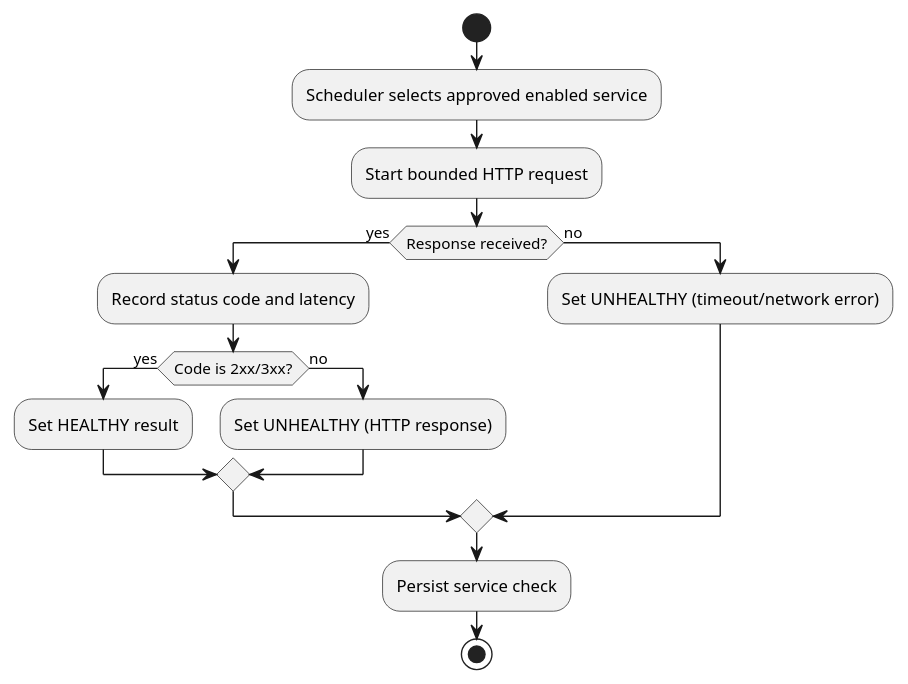
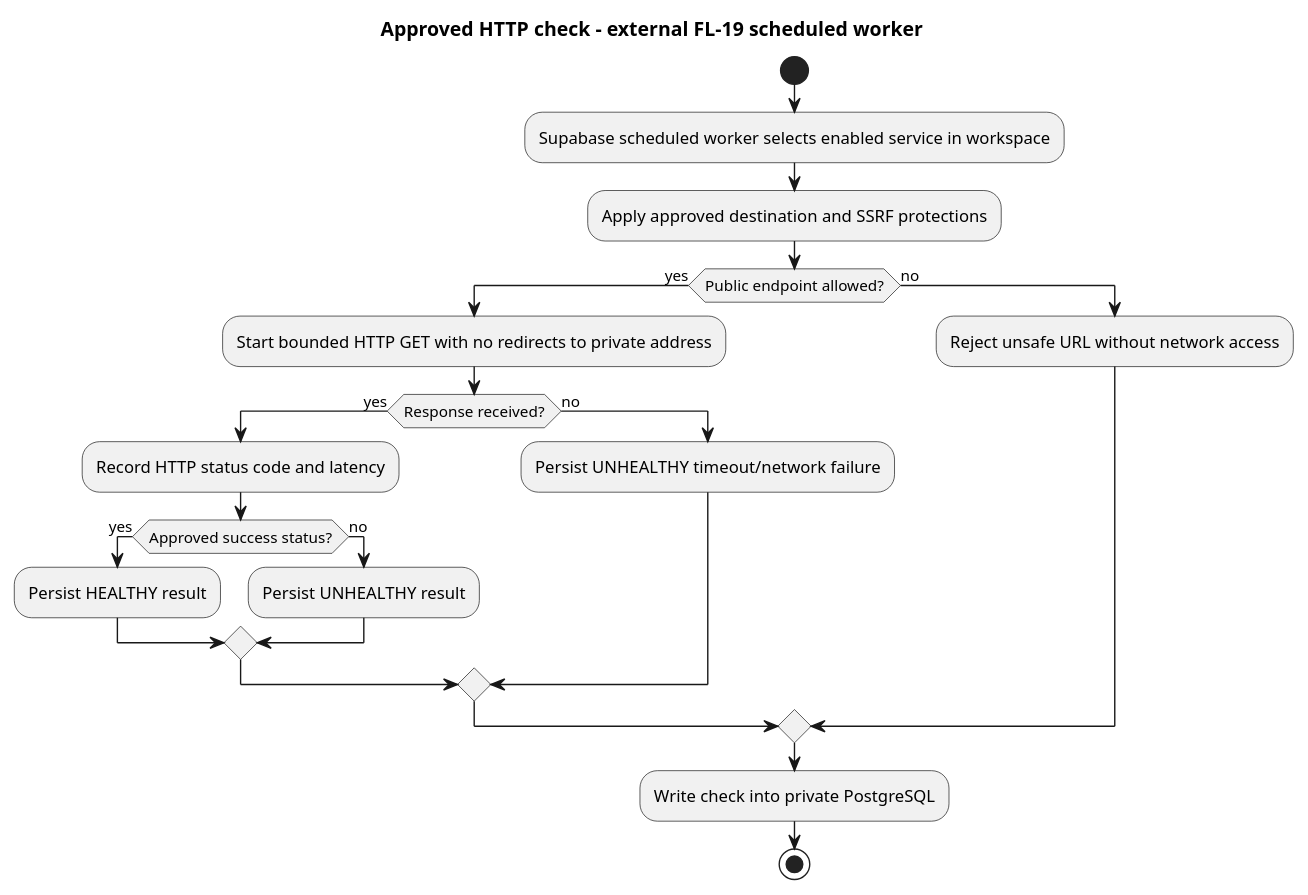
One commit to Adam-BArbia/fleetluma changed the diagram in docs/uml/plantuml/12_activity_service.puml. Above: the diagram before and after it, drawn with PlantUML.

Commit message:
docs(FL-31): reconcile remaining package and workflow UML 12_activity_service.puml

```diff
--- a/docs/uml/plantuml/12_activity_service.puml
+++ b/docs/uml/plantuml/12_activity_service.puml
@@ -1,17 +1,23 @@
 @startuml 12_activity_service
+title Approved HTTP check - external FL-19 scheduled worker
 start
-:Scheduler selects approved enabled service;
-:Start bounded HTTP request;
-if (Response received?) then (yes)
- :Record status code and latency;
- if (Code is 2xx/3xx?) then (yes)
- :Set HEALTHY result;
+:Supabase scheduled worker selects enabled service in workspace;
+:Apply approved destination and SSRF protections;
+if (Public endpoint allowed?) then (yes)
+ :Start bounded HTTP GET with no redirects to private address;
+ if (Response received?) then (yes)
+  :Record HTTP status code and latency;
+  if (Approved success status?) then (yes)
+   :Persist HEALTHY result;
+  else (no)
+   :Persist UNHEALTHY result;
+  endif
  else (no)
- :Set UNHEALTHY (HTTP response);
+  :Persist UNHEALTHY timeout/network failure;
  endif
 else (no)
- :Set UNHEALTHY (timeout/network error);
+ :Reject unsafe URL without network access;
 endif
-:Persist service check;
+:Write check into private PostgreSQL;
 stop
 @enduml
```
